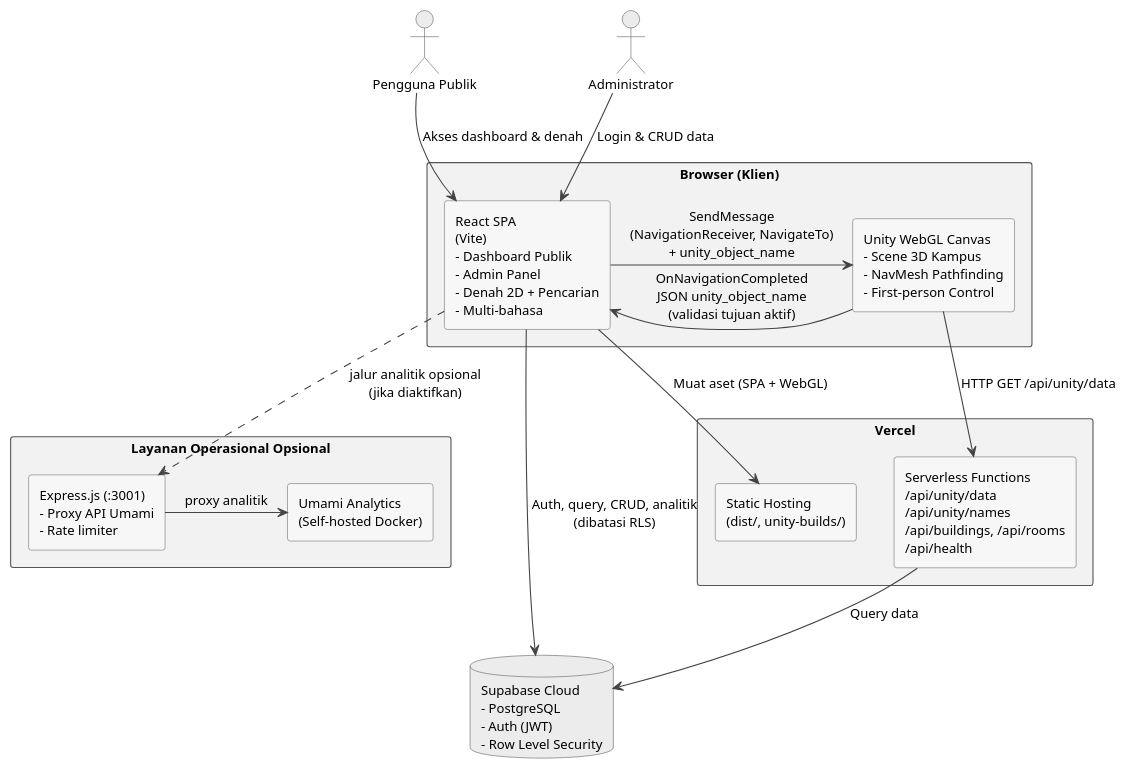
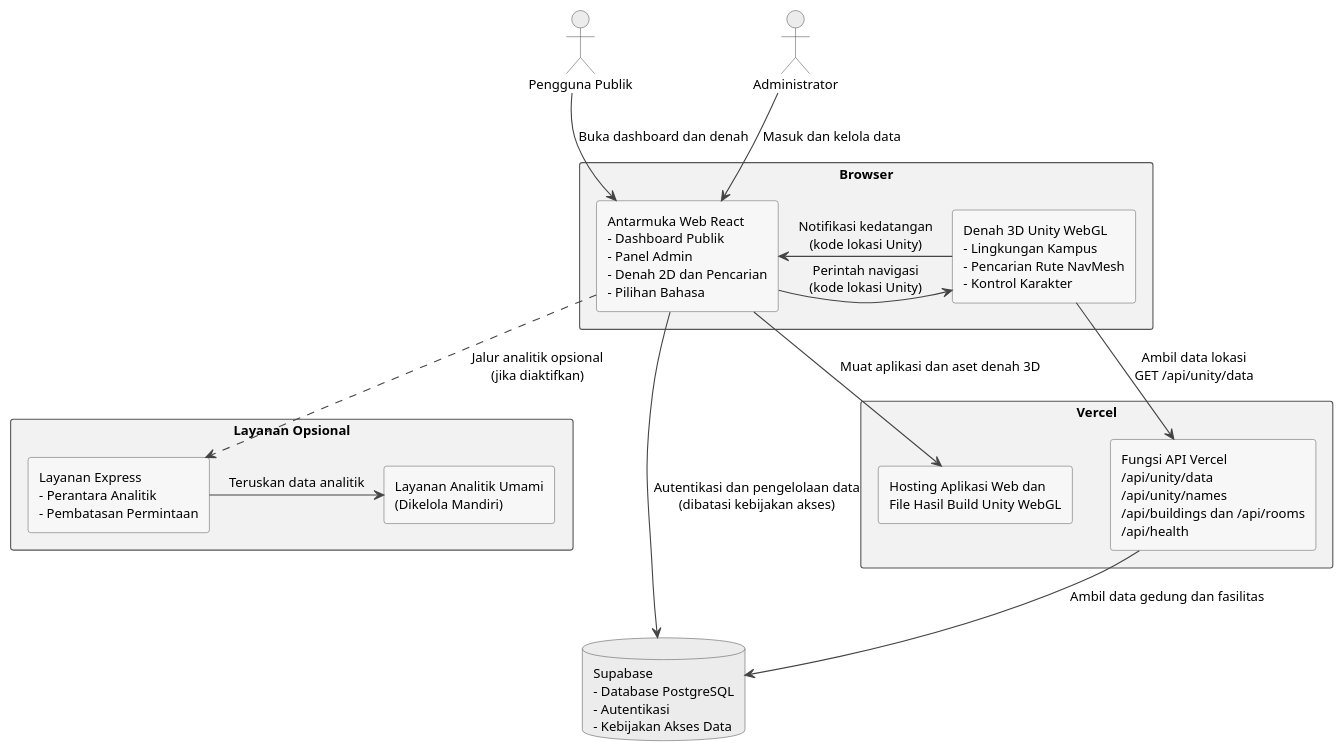
The diagram in diagrams/gambar-2.09-arsitektur-sistem.puml (Jokskuyy/workflow-ta-proyek), drawn with PlantUML before and after one commit. The commit also changed 372 other files, not shown here.

```diff
--- a/diagrams/gambar-2.09-arsitektur-sistem.puml
+++ b/diagrams/gambar-2.09-arsitektur-sistem.puml
@@ -1,69 +1,69 @@
 @startuml gambar-2-09-arsitektur-sistem
-' Gambar 2.9 - Diagram Arsitektur Sistem (versi terkini, mengacu PRD)
+' Arsitektur Integrasi Dashboard Web, Supabase, dan Unity WebGL
 ' Menggantikan arsitektur lama (BuildingDataReceiver/BuildingClickHandler - deprecated)
 
 skinparam backgroundColor #FFFFFF
 skinparam shadowing false
-skinparam defaultFontName "Segoe UI"
+skinparam defaultFontName "Times New Roman"
 skinparam defaultFontSize 12
 skinparam ArrowColor #444444
 skinparam componentStyle rectangle
 skinparam rectangle {
   BackgroundColor #F2F2F2
   BorderColor #555555
 }
 skinparam component {
   BackgroundColor #F7F7F7
   BorderColor #666666
 }
 skinparam database {
   BackgroundColor #ECECEC
   BorderColor #555555
 }
 skinparam actor {
   BackgroundColor #ECECEC
   BorderColor #555555
 }
 
 
 actor "Pengguna Publik" as User
 actor "Administrator" as Admin
 
-rectangle "Browser (Klien)" as Browser {
-  component "React SPA\n(Vite)\n- Dashboard Publik\n- Admin Panel\n- Denah 2D + Pencarian\n- Multi-bahasa" as React
-  component "Unity WebGL Canvas\n- Scene 3D Kampus\n- NavMesh Pathfinding\n- First-person Control" as UnityCanvas
-  React -right-> UnityCanvas : SendMessage\n(NavigationReceiver, NavigateTo)\n+ unity_object_name
-  UnityCanvas -left-> React : OnNavigationCompleted\nJSON unity_object_name\n(validasi tujuan aktif)
+rectangle "Browser" as Browser {
+  component "Antarmuka Web React\n- Dashboard Publik\n- Panel Admin\n- Denah 2D dan Pencarian\n- Pilihan Bahasa" as React
+  component "Denah 3D Unity WebGL\n- Lingkungan Kampus\n- Pencarian Rute NavMesh\n- Kontrol Karakter" as UnityCanvas
+  React -right-> UnityCanvas : Perintah navigasi\n(kode lokasi Unity)
+  UnityCanvas -left-> React : Notifikasi kedatangan\n(kode lokasi Unity)
 }
 
 rectangle "Vercel" as Vercel {
-  component "Static Hosting\n(dist/, unity-builds/)" as Static
-  component "Serverless Functions\n/api/unity/data\n/api/unity/names\n/api/buildings, /api/rooms\n/api/health" as Serverless
+  component "Hosting Aplikasi Web dan\nFile Hasil Build Unity WebGL" as Static
+  component "Fungsi API Vercel\n/api/unity/data\n/api/unity/names\n/api/buildings dan /api/rooms\n/api/health" as Serverless
 }
 
-rectangle "Layanan Operasional Opsional" as OptionalServices {
-  component "Express.js (:3001)\n- Proxy API Umami\n- Rate limiter" as Express
-  component "Umami Analytics\n(Self-hosted Docker)" as Umami
-  Express -right-> Umami : proxy analitik
+rectangle "Layanan Opsional" as OptionalServices {
+  component "Layanan Express\n- Perantara Analitik\n- Pembatasan Permintaan" as Express
+  component "Layanan Analitik Umami\n(Dikelola Mandiri)" as Umami
+  Express -right-> Umami : Teruskan data analitik
 }
 
-database "Supabase Cloud\n- PostgreSQL\n- Auth (JWT)\n- Row Level Security" as Supabase
+database "Supabase\n- Database PostgreSQL\n- Autentikasi\n- Kebijakan Akses Data" as Supabase
 
 ' Alur pengguna
-User --> React : Akses dashboard & denah
-Admin --> React : Login & CRUD data
+User --> React : Buka dashboard dan denah
+Admin --> React : Masuk dan kelola data
 
 ' Frontend ke layanan
-React --> Static : Muat aset (SPA + WebGL)
-React --> Supabase : Auth, query, CRUD, analitik\n(dibatasi RLS)
+React --> Static : Muat aplikasi dan aset denah 3D
+React --> Supabase : Autentikasi dan pengelolaan data\n(dibatasi kebijakan akses)
 
 ' Unity menarik data sendiri (runtime)
-UnityCanvas --> Serverless : HTTP GET /api/unity/data
+UnityCanvas --> Serverless : Ambil data lokasi\nGET /api/unity/data
 
 ' Serverless ke database
-Serverless --> Supabase : Query data
+Serverless --> Supabase : Ambil data gedung dan fasilitas
 
 ' Jalur analitik alternatif, bukan dependensi UI aktif
-React ..> Express : jalur analitik opsional\n(jika diaktifkan)
+React ..> Express : Jalur analitik opsional\n(jika diaktifkan)
 
 @enduml
```
